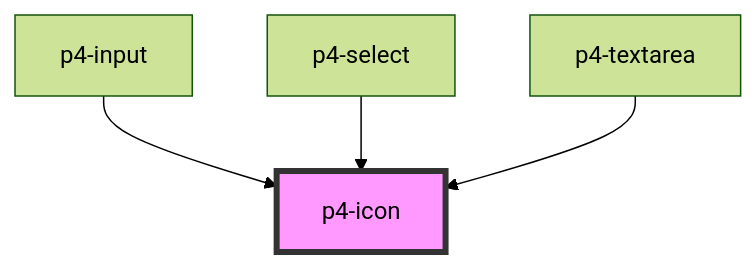
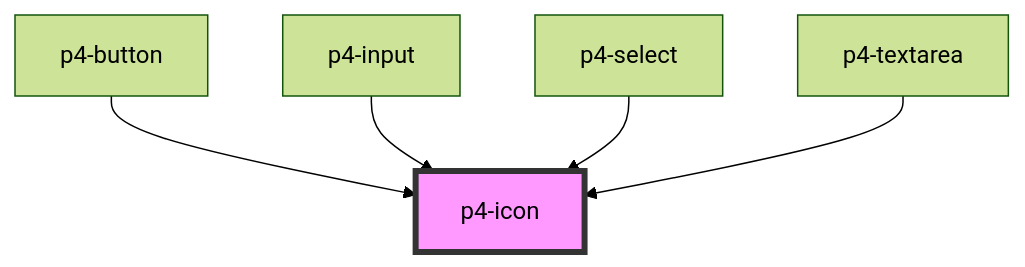
Before and after one commit to goatui/components: the diagram in src/components/p4-icon/readme.md, drawn with Mermaid (forest theme). The commit also changed other lines of this file and 18 other files, not shown here.

````diff
--- a/src/components/p4-icon/readme.md
+++ b/src/components/p4-icon/readme.md
@@ -26,7 +27,8 @@
 ```mermaid
 graph TD;
+  p4-button --> p4-icon
   p4-input --> p4-icon
   p4-select --> p4-icon
   p4-textarea --> p4-icon
   style p4-icon fill:#f9f,stroke:#333,stroke-width:4px
 ```
````
